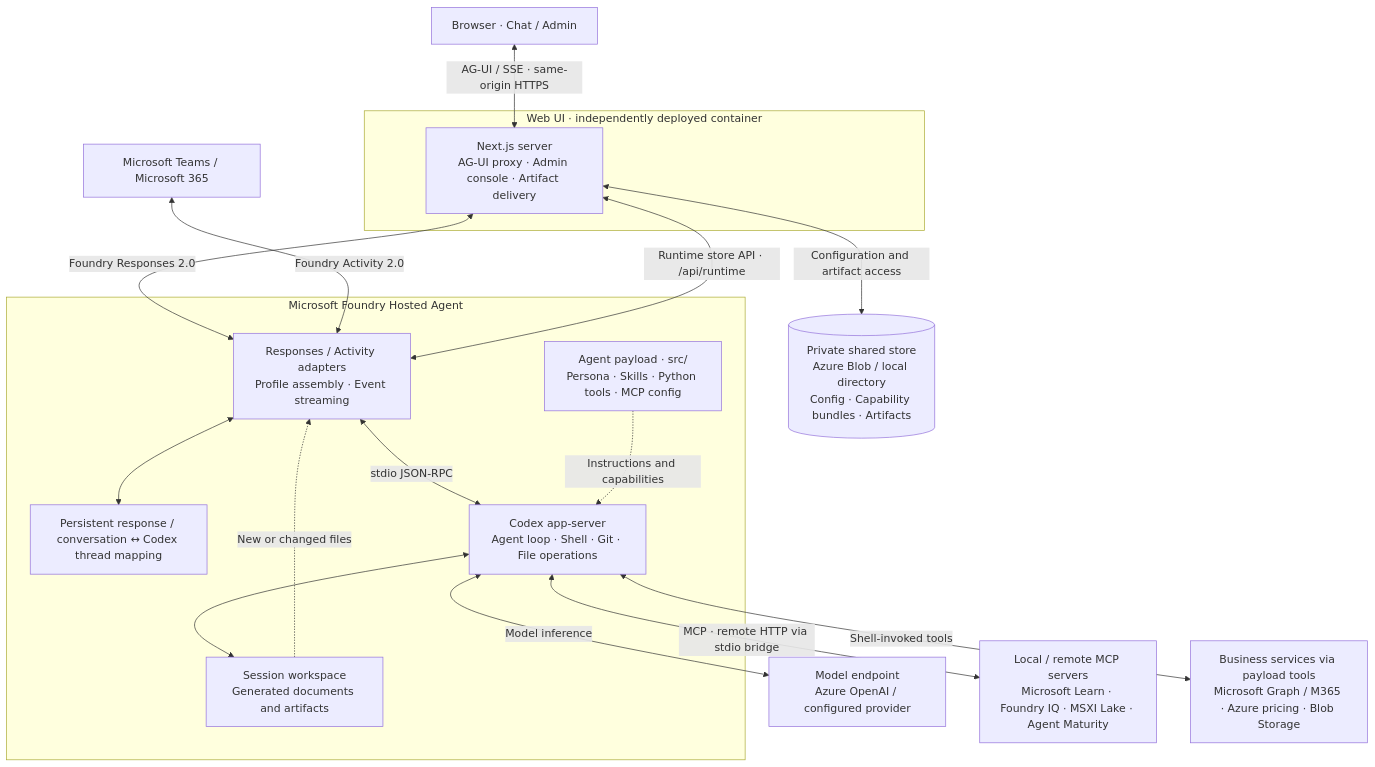
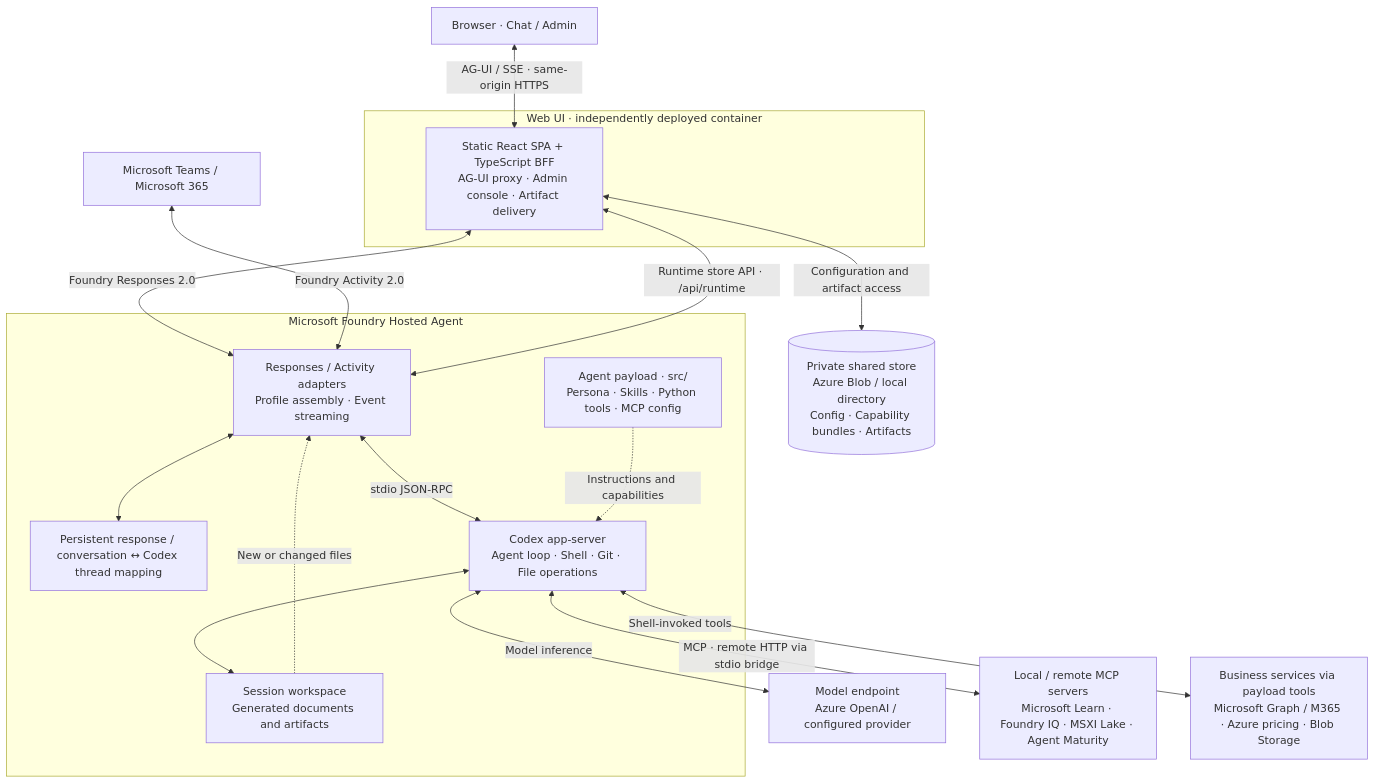
Before and after one commit to haxudev/DigiBuddy: the diagram in README.md, drawn with Mermaid. The commit also changed other lines of this file and 108 other files, not shown here.

Commit message:
refactor(webui): extract TypeScript BFF and preserve API contracts

````diff
--- a/README.md
+++ b/README.md
@@ -35,36 +35,36 @@
 ```mermaid
 flowchart TB
     Browser["Browser · Chat / Admin"]
     Teams["Microsoft Teams / Microsoft 365"]
 
     subgraph WebUI["Web UI · independently deployed container"]
-        Web["Next.js server<br/>AG-UI proxy · Admin console · Artifact delivery"]
+        Web["Static React SPA + TypeScript BFF<br/>AG-UI proxy · Admin console · Artifact delivery"]
     end
 
     subgraph Foundry["Microsoft Foundry Hosted Agent"]
         Adapter["Responses / Activity adapters<br/>Profile assembly · Event streaming"]
         Sessions["Persistent response / conversation ↔ Codex thread mapping"]
         Codex["Codex app-server<br/>Agent loop · Shell · Git · File operations"]
         Payload["Agent payload · src/<br/>Persona · Skills · Python tools · MCP config"]
         Workspace["Session workspace<br/>Generated documents and artifacts"]
         Adapter <--> Sessions
         Adapter <-->|"stdio JSON-RPC"| Codex
         Payload -.->|"Instructions and capabilities"| Codex
         Codex <--> Workspace
     end
 
     Store[("Private shared store<br/>Azure Blob / local directory<br/>Config · Capability bundles · Artifacts")]
     Model["Model endpoint<br/>Azure OpenAI / configured provider"]
     MCP["Local / remote MCP servers<br/>Microsoft Learn · Foundry IQ · MSXI Lake · Agent Maturity"]
     Services["Business services via payload tools<br/>Microsoft Graph / M365 · Azure pricing · Blob Storage"]
 
     Browser <-->|"AG-UI / SSE · same-origin HTTPS"| Web
     Web <-->|"Foundry Responses 2.0"| Adapter
     Teams <-->|"Foundry Activity 2.0"| Adapter
     Web <-->|"Configuration and artifact access"| Store
     Adapter <-->|"Runtime store API · /api/runtime"| Web
     Workspace -.->|"New or changed files"| Adapter
     Codex <-->|"Model inference"| Model
     Codex <-->|"MCP · remote HTTP via stdio bridge"| MCP
     Codex <-->|"Shell-invoked tools"| Services
 ```
````
